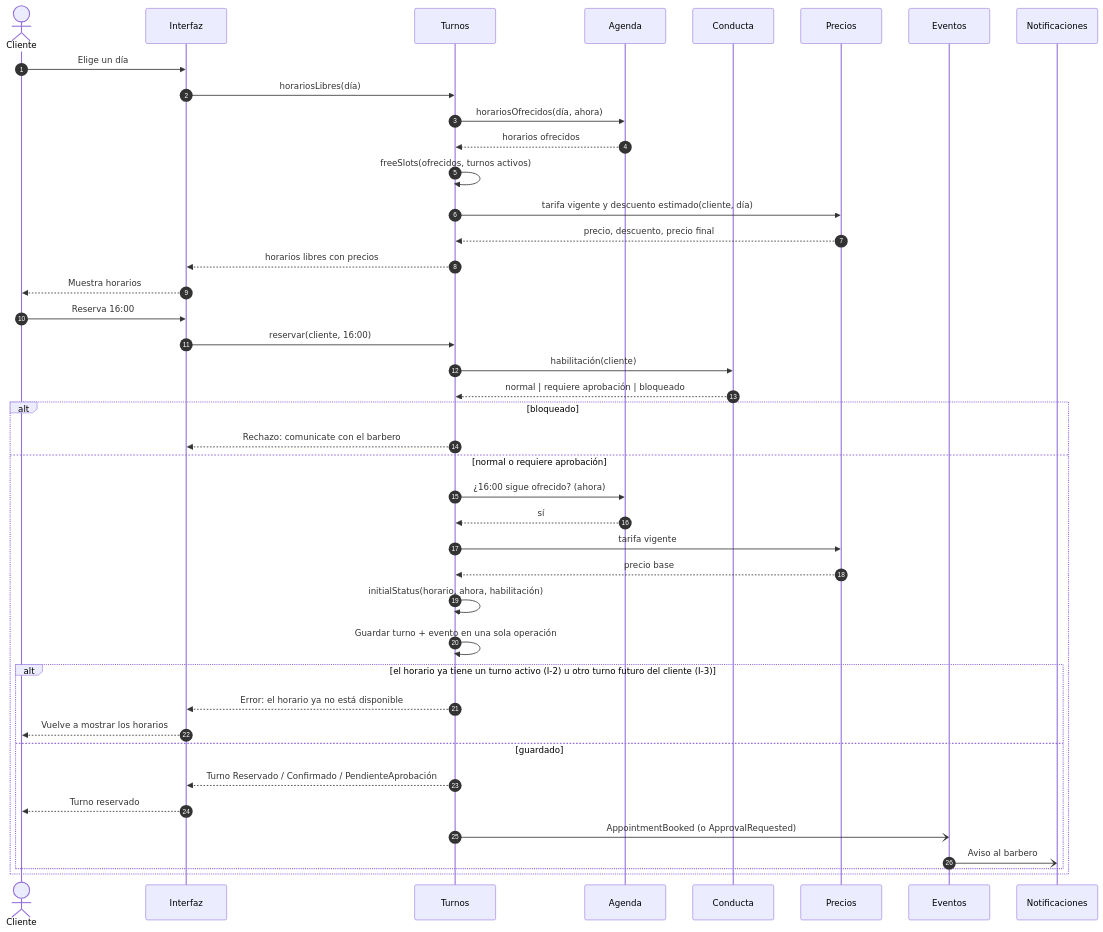
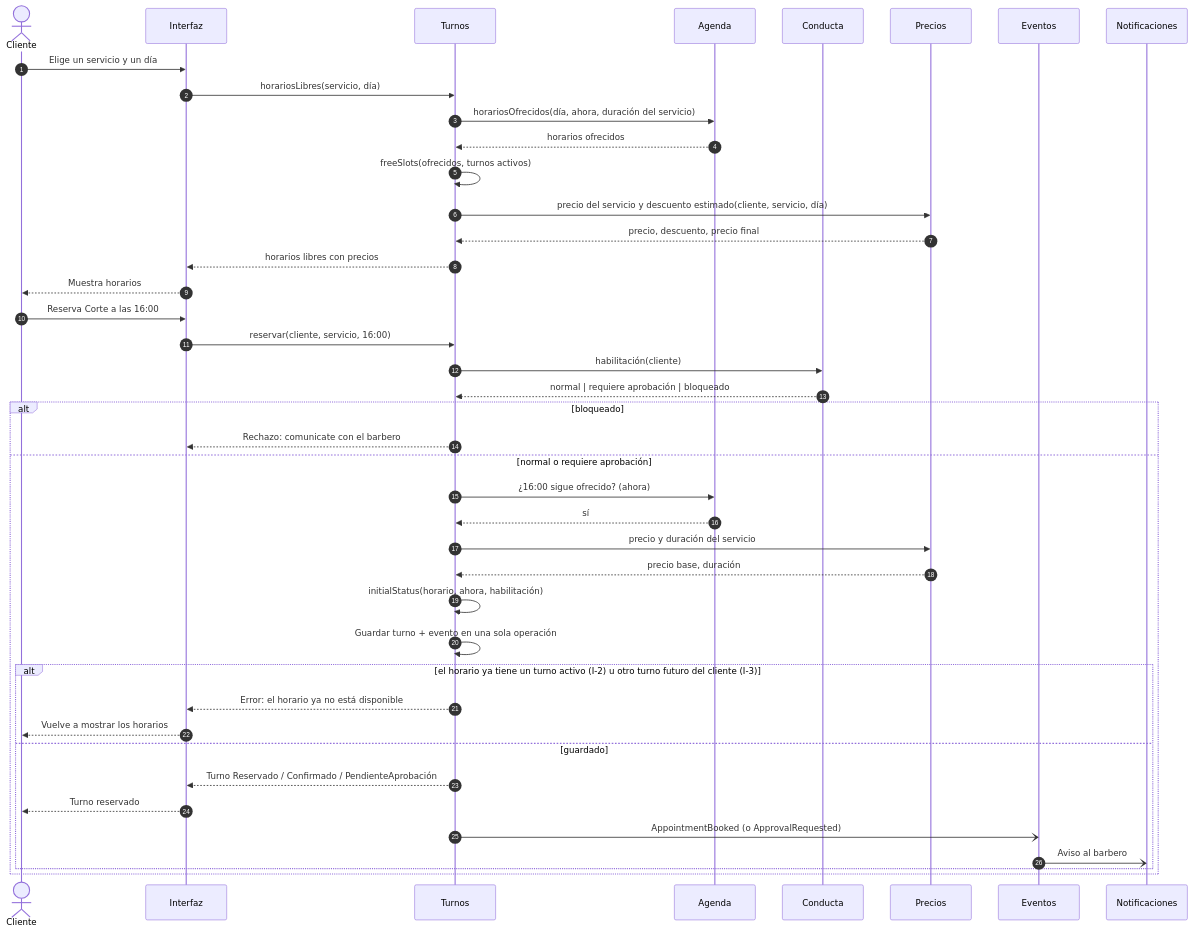
One commit to gcasas205/barber-colo-app changed the first of 4 diagrams in docs/secuencias.md. Above: the diagram before and after it, drawn with Mermaid. The commit also changed 15 other files, not shown here.

First line of the commit message:
feat(diseño): servicios de El Colo con precio y duración (D-10)

````diff
--- a/docs/secuencias.md
+++ b/docs/secuencias.md
@@ -18,46 +18,46 @@
 ```mermaid
 sequenceDiagram
     autonumber
     actor C as Cliente
     participant UI as Interfaz
     participant T as Turnos
     participant A as Agenda
     participant K as Conducta
     participant P as Precios
     participant E as Eventos
     participant N as Notificaciones
 
-    C->>UI: Elige un día
-    UI->>T: horariosLibres(día)
-    T->>A: horariosOfrecidos(día, ahora)
+    C->>UI: Elige un servicio y un día
+    UI->>T: horariosLibres(servicio, día)
+    T->>A: horariosOfrecidos(día, ahora, duración del servicio)
     A-->>T: horarios ofrecidos
     T->>T: freeSlots(ofrecidos, turnos activos)
-    T->>P: tarifa vigente y descuento estimado(cliente, día)
+    T->>P: precio del servicio y descuento estimado(cliente, servicio, día)
     P-->>T: precio, descuento, precio final
     T-->>UI: horarios libres con precios
     UI-->>C: Muestra horarios
 
-    C->>UI: Reserva 16:00
-    UI->>T: reservar(cliente, 16:00)
+    C->>UI: Reserva Corte a las 16:00
+    UI->>T: reservar(cliente, servicio, 16:00)
     T->>K: habilitación(cliente)
     K-->>T: normal | requiere aprobación | bloqueado
     alt bloqueado
         T-->>UI: Rechazo: comunicate con el barbero
     else normal o requiere aprobación
         T->>A: ¿16:00 sigue ofrecido? (ahora)
         A-->>T: sí
-        T->>P: tarifa vigente
-        P-->>T: precio base
+        T->>P: precio y duración del servicio
+        P-->>T: precio base, duración
         T->>T: initialStatus(horario, ahora, habilitación)
         T->>T: Guardar turno + evento en una sola operación
         alt el horario ya tiene un turno activo (I-2) u otro turno futuro del cliente (I-3)
             T-->>UI: Error: el horario ya no está disponible
             UI-->>C: Vuelve a mostrar los horarios
         else guardado
             T-->>UI: Turno Reservado / Confirmado / PendienteAprobación
             UI-->>C: Turno reservado
             T-)E: AppointmentBooked (o ApprovalRequested)
             E-)N: Aviso al barbero
         end
     end
 ```
````
